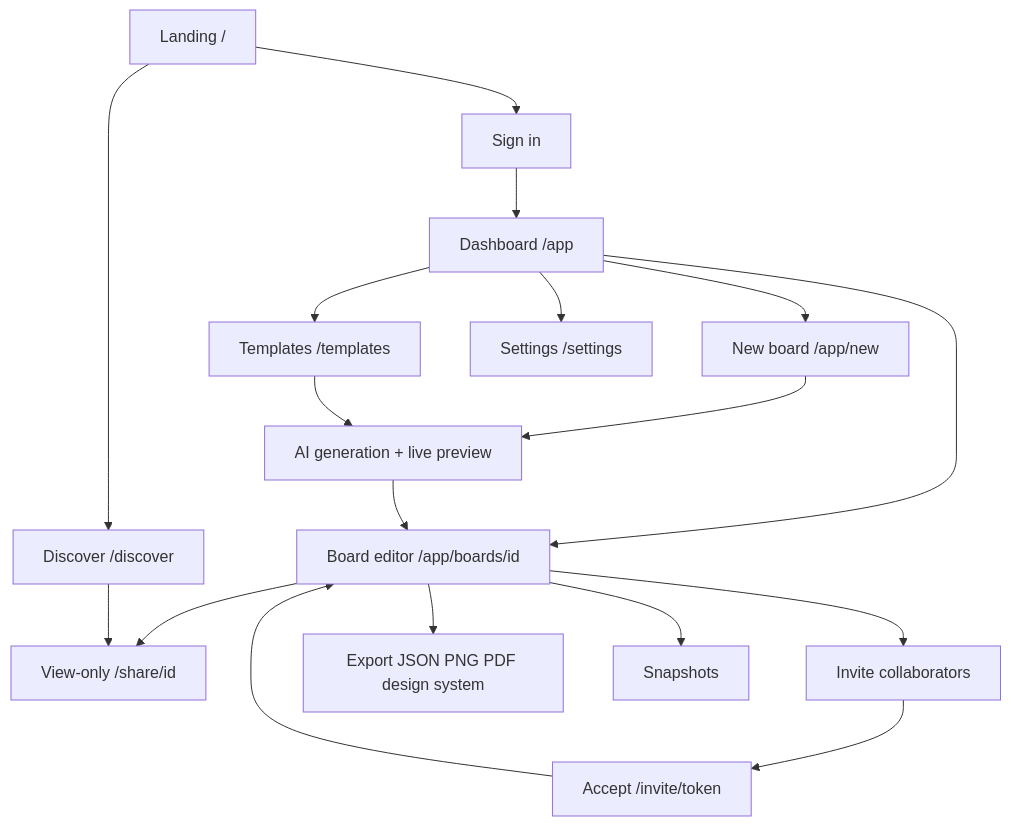
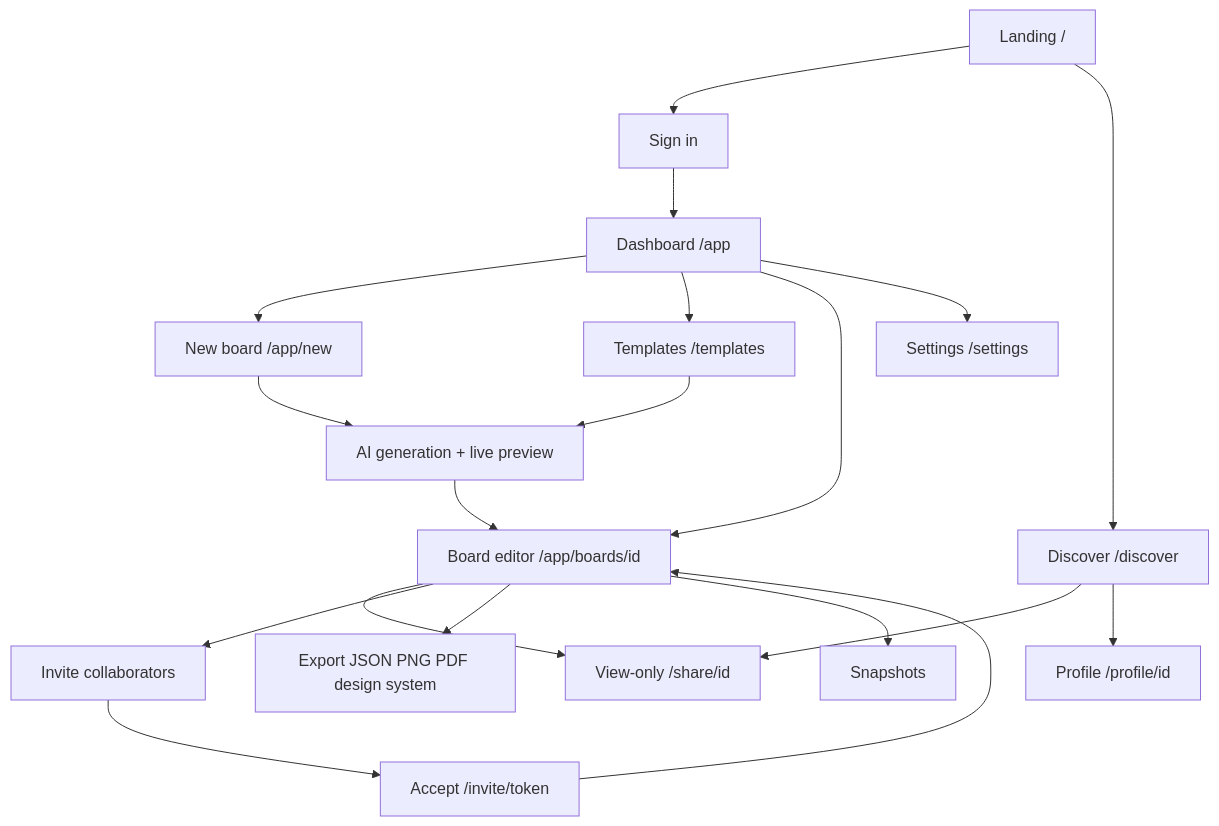
Before and after one commit to NehangPatel23/Moodboard-AI: the diagram in docs/FEATURES.md, drawn with Mermaid. The commit also changed other lines of this file and 16 other files, not shown here.

````diff
--- a/docs/FEATURES.md
+++ b/docs/FEATURES.md
@@ -13,24 +13,25 @@
 ```mermaid
 flowchart TB
   landing["Landing /"] --> signin["Sign in"]
   landing --> discover["Discover /discover"]
 
   signin --> dash["Dashboard /app"]
   dash --> new["New board /app/new"]
   dash --> tmpl["Templates /templates"]
   dash --> edit["Board editor /app/boards/id"]
   dash --> sett["Settings /settings"]
 
   new --> gen["AI generation + live preview"]
   tmpl --> gen
   gen --> edit
 
   edit --> share["View-only /share/id"]
   edit --> collab["Invite collaborators"]
   edit --> export["Export JSON PNG PDF design system"]
   edit --> snap["Snapshots"]
 
   discover --> share
+  discover --> profile["Profile /profile/id"]
   collab --> invite["Accept /invite/token"]
   invite --> edit
 ```
````
